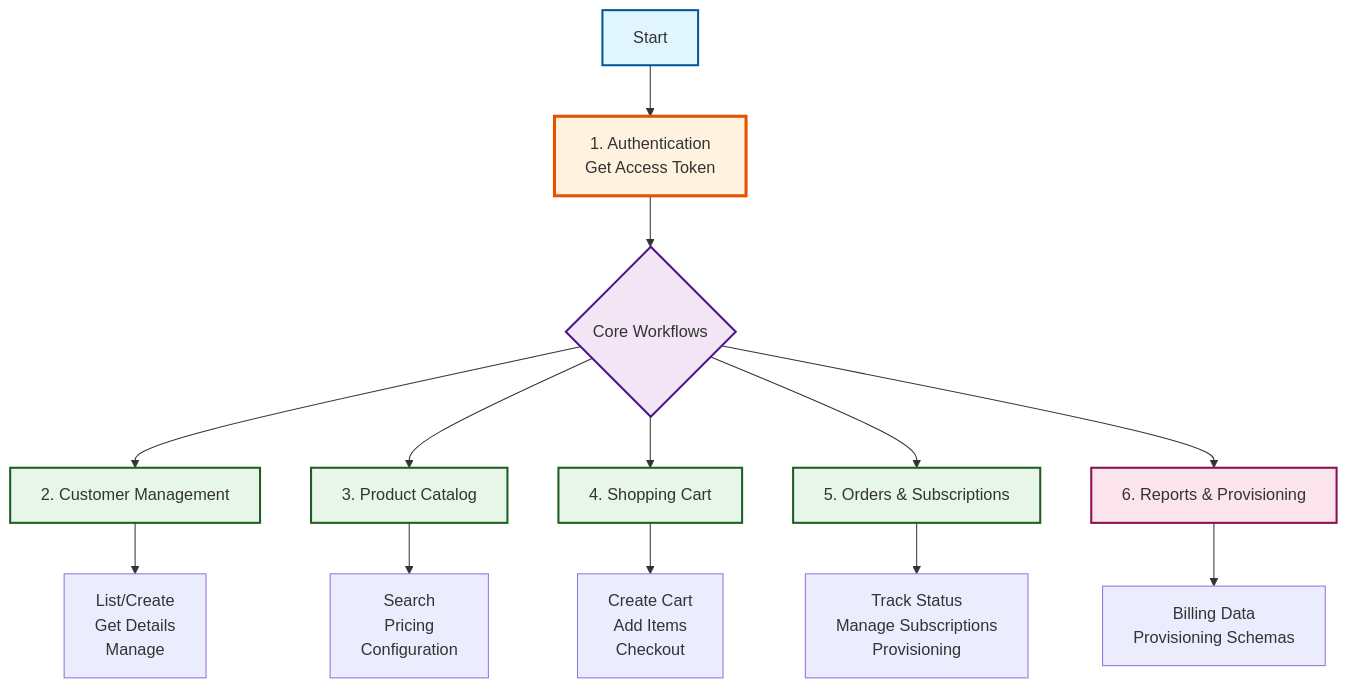
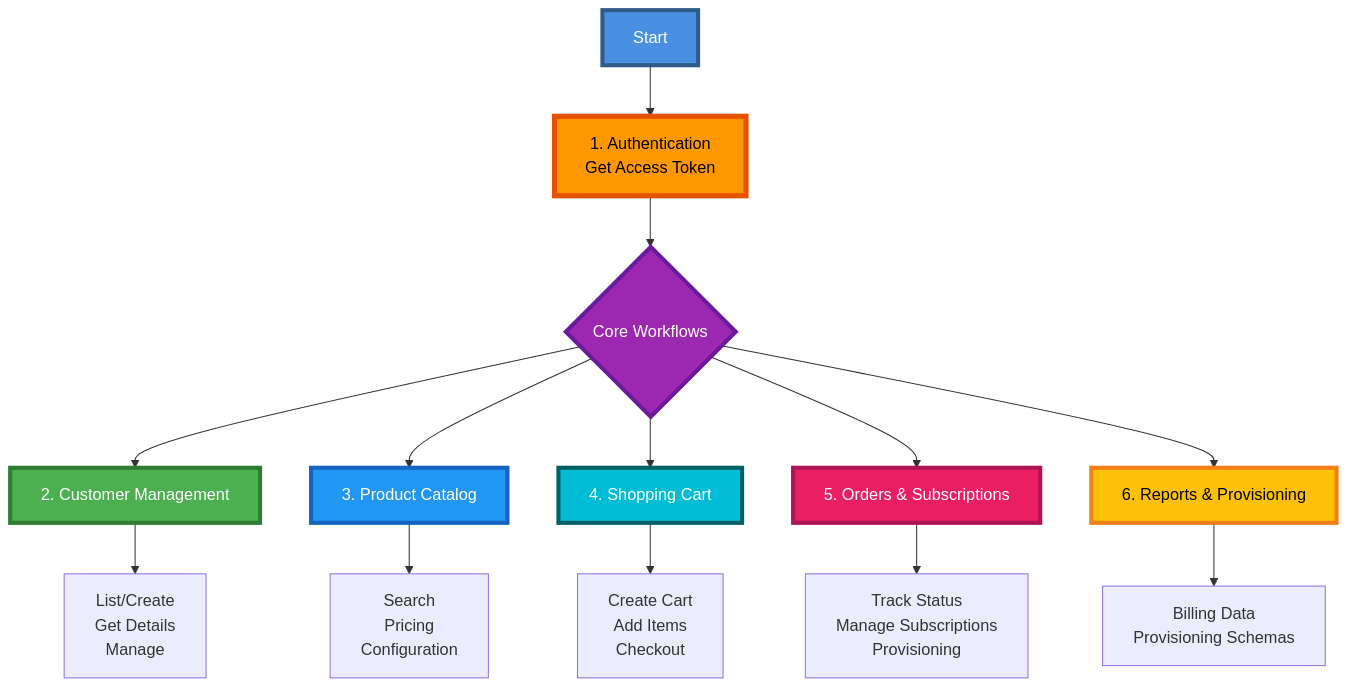
One commit to ZELA2000/Also-TDSynnex-Trend changed the diagram in TDSynnex/DOC/workflows/0_Index.md. Above: the diagram before and after it, drawn with Mermaid. The commit also changed 11 other files, not shown here.

Commit message:
style: Update diagram styles across documentation for improved clarity and consistency

````diff
--- a/TDSynnex/DOC/workflows/0_Index.md
+++ b/TDSynnex/DOC/workflows/0_Index.md
@@ -7,28 +7,28 @@
 ```mermaid
 graph TD
     Start[Start] --> Auth[1. Authentication<br/>Get Access Token]
     
     Auth --> Core{Core Workflows}
     
     Core --> Customers[2. Customer Management]
     Core --> Products[3. Product Catalog]
     Core --> Shopping[4. Shopping Cart]
     Core --> Orders[5. Orders & Subscriptions]
     
     Customers --> CustOps[List/Create<br/>Get Details<br/>Manage]
     Products --> ProdOps[Search<br/>Pricing<br/>Configuration]
     Shopping --> ShopOps[Create Cart<br/>Add Items<br/>Checkout]
     Orders --> OrderOps[Track Status<br/>Manage Subscriptions<br/>Provisioning]
     
     Core --> Advanced[6. Reports & Provisioning]
     Advanced --> AdvOps[Billing Data<br/>Provisioning Schemas]
     
-    style Start fill:#e1f5ff,stroke:#01579b,stroke-width:2px
-    style Auth fill:#fff3e0,stroke:#e65100,stroke-width:3px
-    style Core fill:#f3e5f5,stroke:#4a148c,stroke-width:2px
-    style Customers fill:#e8f5e9,stroke:#1b5e20,stroke-width:2px
-    style Products fill:#e8f5e9,stroke:#1b5e20,stroke-width:2px
-    style Shopping fill:#e8f5e9,stroke:#1b5e20,stroke-width:2px
-    style Orders fill:#e8f5e9,stroke:#1b5e20,stroke-width:2px
-    style Advanced fill:#fce4ec,stroke:#880e4f,stroke-width:2px
+    style Start fill:#4A90E2,stroke:#2E5C8A,stroke-width:4px,color:#fff
+    style Auth fill:#FF9800,stroke:#E65100,stroke-width:5px,color:#000
+    style Core fill:#9C27B0,stroke:#6A1B9A,stroke-width:4px,color:#fff
+    style Customers fill:#4CAF50,stroke:#2E7D32,stroke-width:4px,color:#fff
+    style Products fill:#2196F3,stroke:#1565C0,stroke-width:4px,color:#fff
+    style Shopping fill:#00BCD4,stroke:#006064,stroke-width:4px,color:#fff
+    style Orders fill:#E91E63,stroke:#AD1457,stroke-width:4px,color:#fff
+    style Advanced fill:#FFC107,stroke:#F57F17,stroke-width:4px,color:#000
 ```
````
